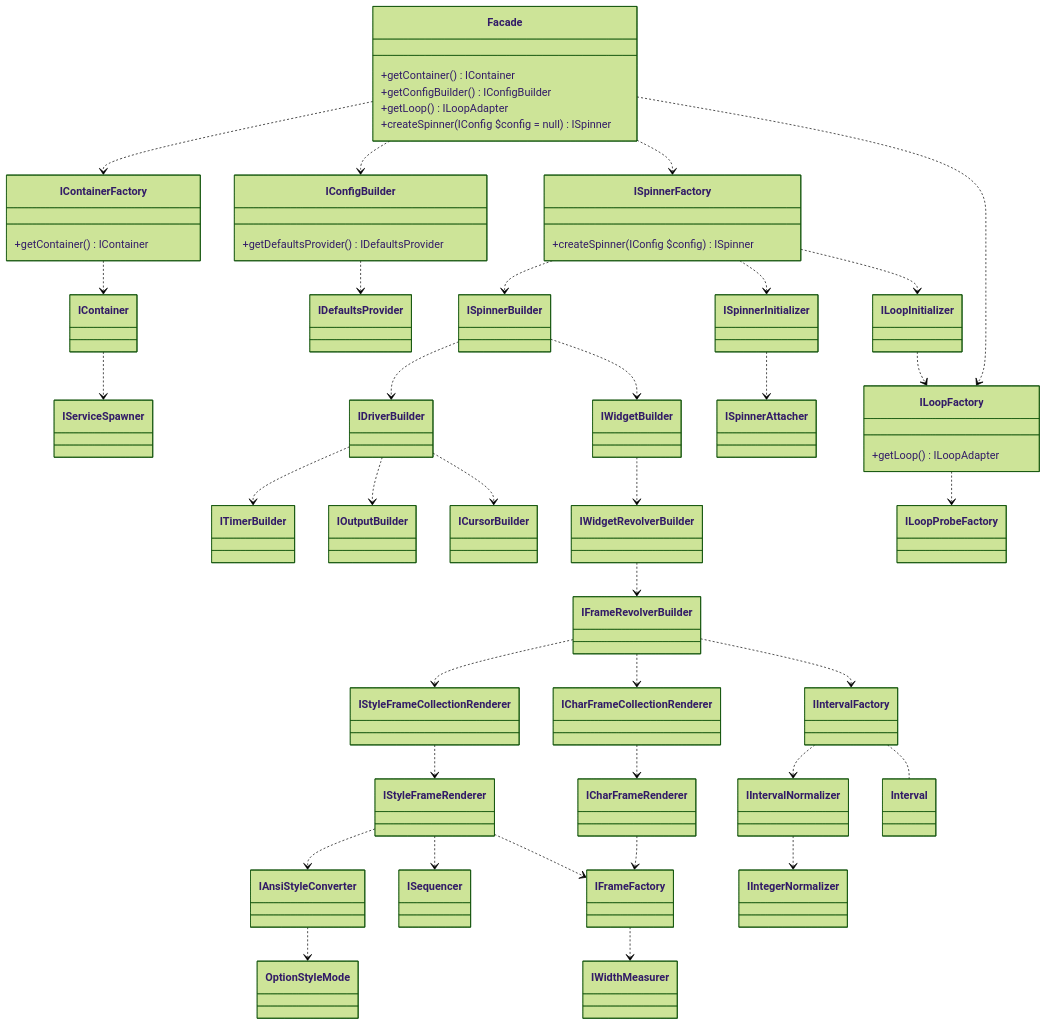
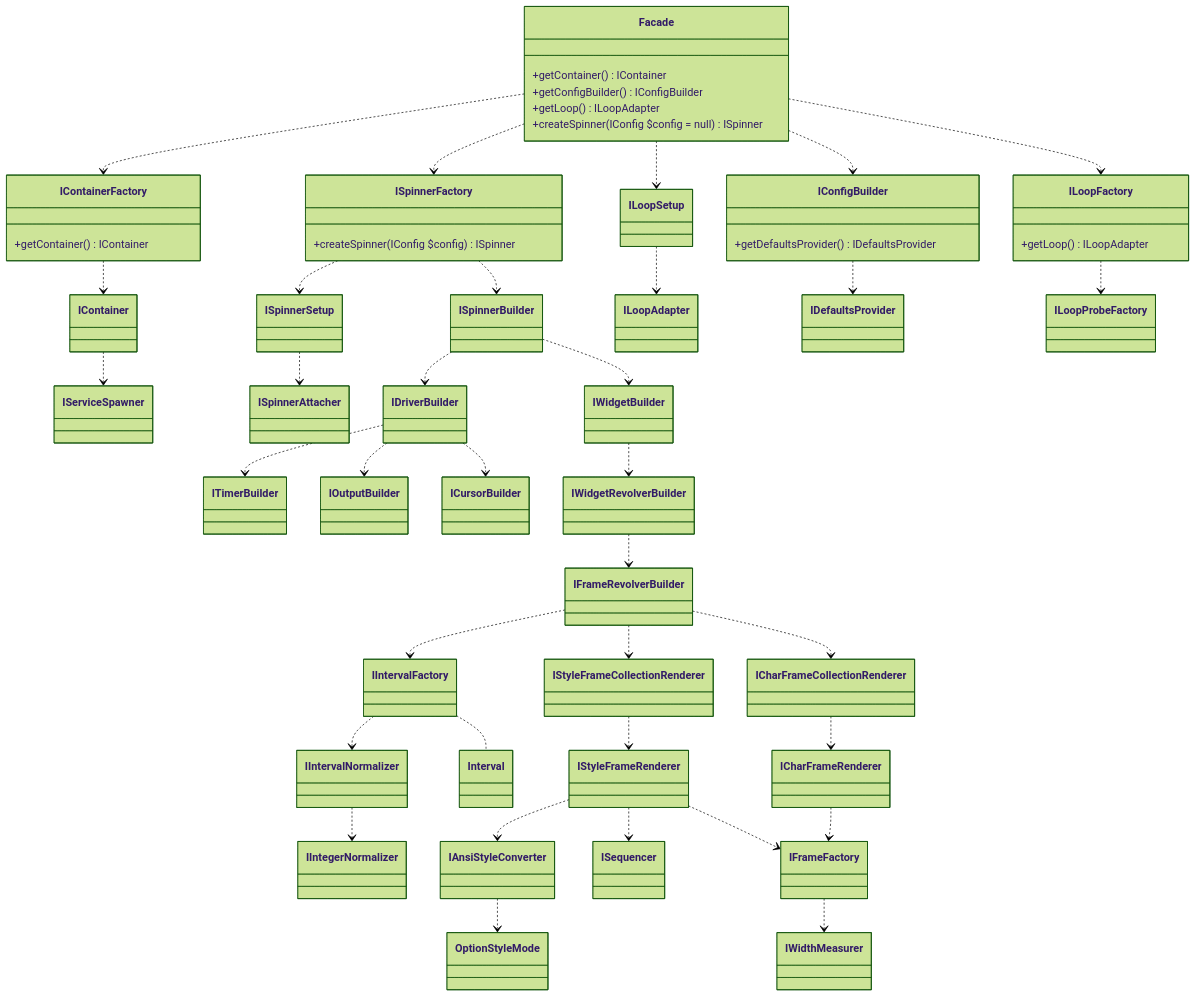
The diagram in doc/info/chart/services.md (alecrabbit/php-console-spinner), drawn with Mermaid (forest theme) before and after one commit. The commit also changed 13 other files, not shown here.

````diff
--- a/doc/info/chart/services.md
+++ b/doc/info/chart/services.md
@@ -3,84 +3,84 @@
 ```mermaid
 classDiagram
     direction TB
     Facade ..> IContainerFactory
     Facade ..> IConfigBuilder
     Facade ..> ISpinnerFactory
     Facade ..> ILoopFactory
+    Facade ..> ILoopSetup
    
 
     class Facade {
         +getContainer() IContainer
         +getConfigBuilder() IConfigBuilder
         +getLoop() ILoopAdapter
         +createSpinner(IConfig $config = null) ISpinner
     }
     
     IContainerFactory ..> IContainer
 
     class IContainerFactory {
         +getContainer() IContainer
     }
     
     IContainer ..> IServiceSpawner
 
     ISpinnerFactory ..> ISpinnerBuilder
-    ISpinnerFactory ..> ISpinnerInitializer
-    ISpinnerFactory ..> ILoopInitializer
+    ISpinnerFactory ..> ISpinnerSetup
 
-    ILoopInitializer ..> ILoopFactory
+    ILoopSetup ..> ILoopAdapter
 
-    ISpinnerInitializer ..> ISpinnerAttacher
+    ISpinnerSetup ..> ISpinnerAttacher
 
     class ISpinnerFactory {
         +createSpinner(IConfig $config) ISpinner
     }
     
     IConfigBuilder ..> IDefaultsProvider
     
     class IConfigBuilder {
         +getDefaultsProvider() IDefaultsProvider
     }
     
     ILoopFactory ..> ILoopProbeFactory
 
     class ILoopFactory {
         +getLoop() ILoopAdapter
     }
     
     ISpinnerBuilder ..> IDriverBuilder
     ISpinnerBuilder ..> IWidgetBuilder
 
     IDriverBuilder ..> ITimerBuilder
     IDriverBuilder ..> IOutputBuilder
     IDriverBuilder ..> ICursorBuilder
 
     IWidgetBuilder ..> IWidgetRevolverBuilder
 
     IWidgetRevolverBuilder ..> IFrameRevolverBuilder
 
     IFrameRevolverBuilder ..> IStyleFrameCollectionRenderer
     IFrameRevolverBuilder ..> ICharFrameCollectionRenderer
     IFrameRevolverBuilder ..> IIntervalFactory
 
     IIntervalFactory ..> IIntervalNormalizer
     IIntervalFactory .. Interval
 
     IIntervalNormalizer ..> IIntegerNormalizer
 
     IStyleFrameCollectionRenderer ..> IStyleFrameRenderer
 
     ICharFrameCollectionRenderer ..> ICharFrameRenderer
 
     IStyleFrameRenderer ..> IAnsiStyleConverter
     IStyleFrameRenderer ..> ISequencer
     IStyleFrameRenderer ..> IFrameFactory
     
     ICharFrameRenderer ..> IFrameFactory
 
     IAnsiStyleConverter ..> OptionStyleMode
 
     IFrameFactory ..> IWidthMeasurer
 
 
 ```
````
